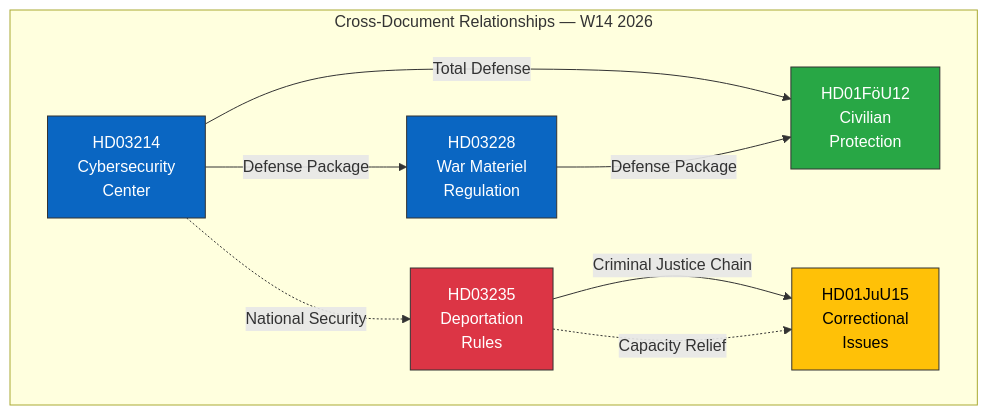
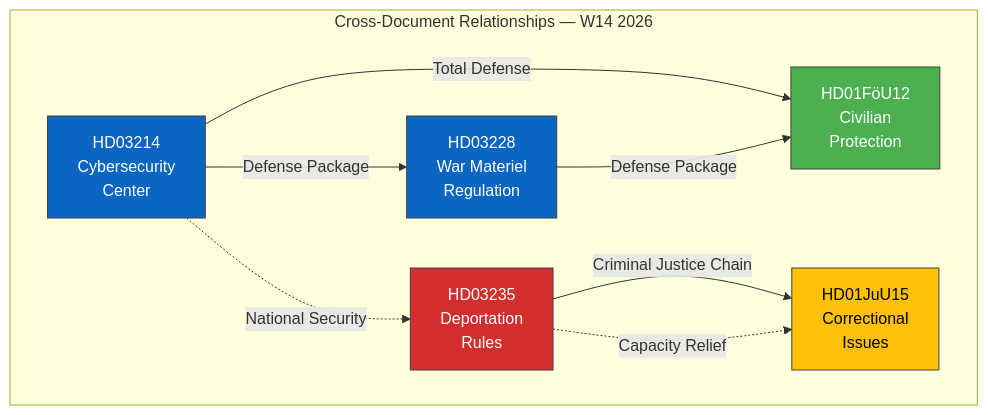
One commit to Hack23/riksdagsmonitor changed the diagram in analysis/daily/2026-04-04/realtime-1212/cross-reference-map.md. Above: the diagram before and after it, drawn with Mermaid. The commit also changed 785 other files, not shown here.

First line of the commit message:
Normalize mermaid colors across 786 analysis artifacts to ISMS Style Guide palette

````diff
--- a/analysis/daily/2026-04-04/realtime-1212/cross-reference-map.md
+++ b/analysis/daily/2026-04-04/realtime-1212/cross-reference-map.md
@@ -18,21 +18,21 @@
 ```mermaid
 graph TD
     subgraph "Cross-Document Relationships — W14 2026"
         HD03214["HD03214<br/>Cybersecurity<br/>Center"]
         HD03228["HD03228<br/>War Materiel<br/>Regulation"]
         HD01FöU12["HD01FöU12<br/>Civilian<br/>Protection"]
         HD03235["HD03235<br/>Deportation<br/>Rules"]
         HD01JuU15["HD01JuU15<br/>Correctional<br/>Issues"]
         HD03214 -->|"Defense Package"| HD03228
         HD03214 -->|"Total Defense"| HD01FöU12
         HD03228 -->|"Defense Package"| HD01FöU12
         HD03235 -->|"Criminal Justice Chain"| HD01JuU15
         HD03235 -.->|"Capacity Relief"| HD01JuU15
         HD03214 -.->|"National Security"| HD03235
     end
-    style HD03214 fill:#0A66C2,stroke:#333,color:#fff
-    style HD03228 fill:#0A66C2,stroke:#333,color:#fff
-    style HD01FöU12 fill:#28a745,stroke:#333,color:#fff
-    style HD03235 fill:#dc3545,stroke:#333,color:#fff
-    style HD01JuU15 fill:#ffc107,stroke:#333,color:#000
+    style HD03214 fill:#0A66C2,stroke:#424242,color:#FFFFFF
+    style HD03228 fill:#0A66C2,stroke:#424242,color:#FFFFFF
+    style HD01FöU12 fill:#4CAF50,stroke:#424242,color:#FFFFFF
+    style HD03235 fill:#D32F2F,stroke:#424242,color:#FFFFFF
+    style HD01JuU15 fill:#FFC107,stroke:#424242,color:#000000
 ```
````
